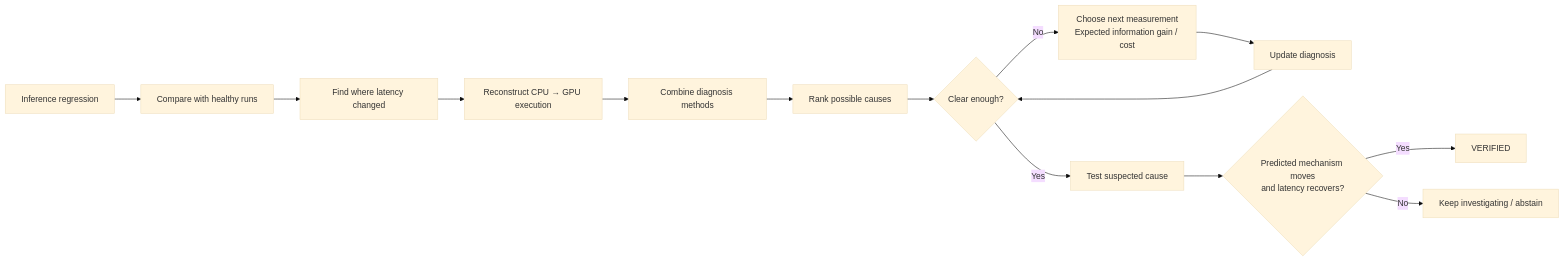
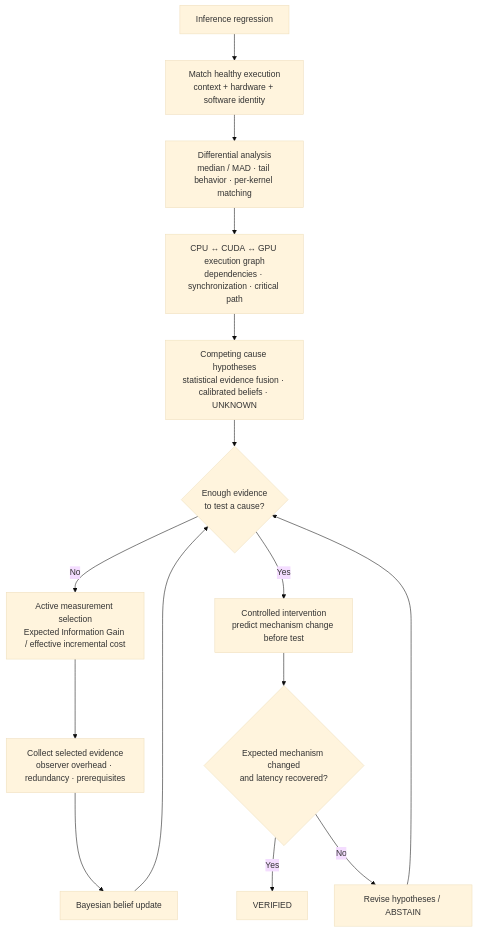
Before and after one commit to MugiZer/reflex: the diagram in README.md, drawn with Mermaid (base theme). The commit also changed other lines of this file, not shown here.

Commit message:
Improve README investigation architecture diagram

````diff
--- a/README.md
+++ b/README.md
@@ -11,16 +11,19 @@
 ```mermaid
-flowchart LR
-    A[Inference regression] --> B[Compare with healthy runs]
-    B --> C[Find where latency changed]
-    C --> D[Reconstruct CPU → GPU execution]
-    D --> E[Combine diagnosis methods]
-    E --> F[Rank possible causes]
-    F --> G{Clear enough?}
-    G -- No --> H[Choose next measurement\nExpected information gain / cost]
-    H --> I[Update diagnosis]
-    I --> G
-    G -- Yes --> J[Test suspected cause]
-    J --> K{Predicted mechanism moves\nand latency recovers?}
+flowchart TD
+    A[Inference regression] --> B[Match healthy execution<br/>context + hardware + software identity]
+    B --> C[Differential analysis<br/>median / MAD · tail behavior · per-kernel matching]
+    C --> D[CPU ↔ CUDA ↔ GPU execution graph<br/>dependencies · synchronization · critical path]
+    D --> E[Competing cause hypotheses<br/>statistical evidence fusion · calibrated beliefs · UNKNOWN]
+
+    E --> F{Enough evidence<br/>to test a cause?}
+    F -- No --> G[Active measurement selection<br/>Expected Information Gain / effective incremental cost]
+    G --> H[Collect selected evidence<br/>observer overhead · redundancy · prerequisites]
+    H --> I[Bayesian belief update]
+    I --> F
+
+    F -- Yes --> J[Controlled intervention<br/>predict mechanism change before test]
+    J --> K{Expected mechanism changed<br/>and latency recovered?}
     K -- Yes --> L[VERIFIED]
-    K -- No --> M[Keep investigating / abstain]
+    K -- No --> M[Revise hypotheses / ABSTAIN]
+    M --> F
 ```
````
